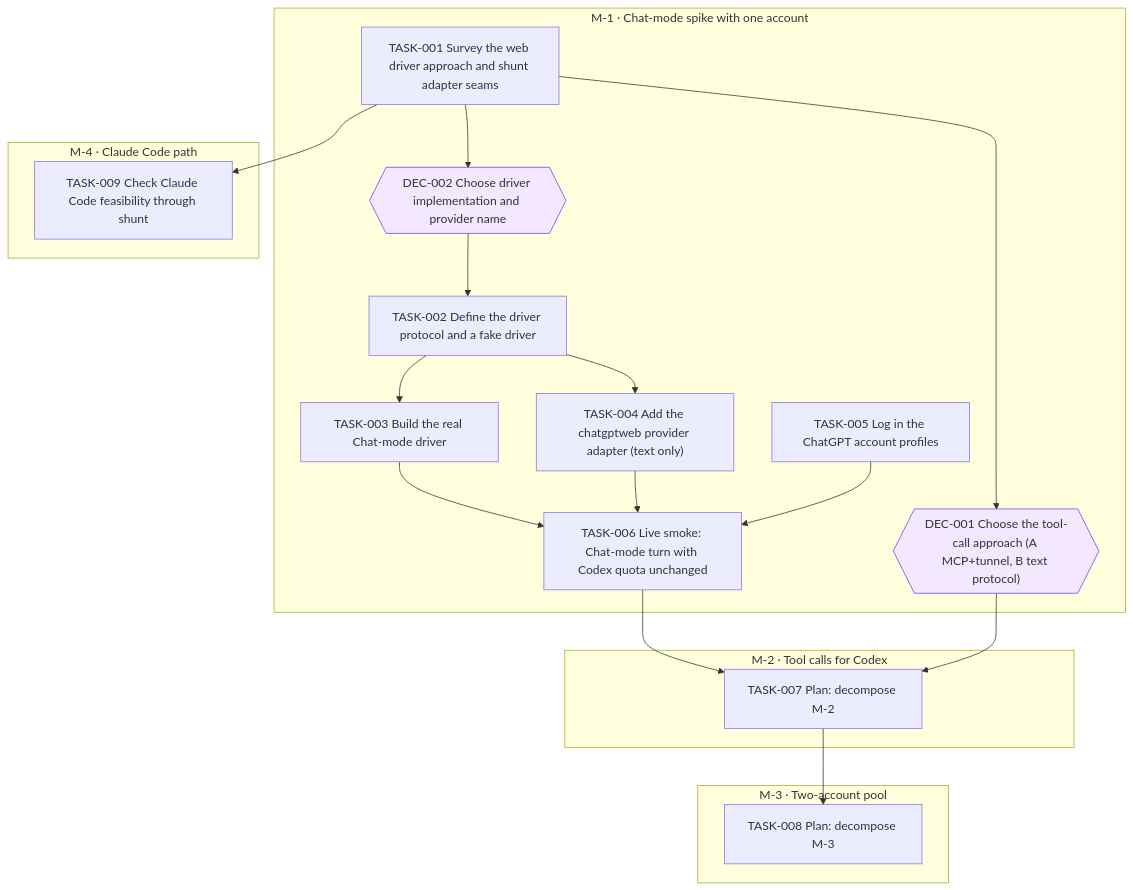
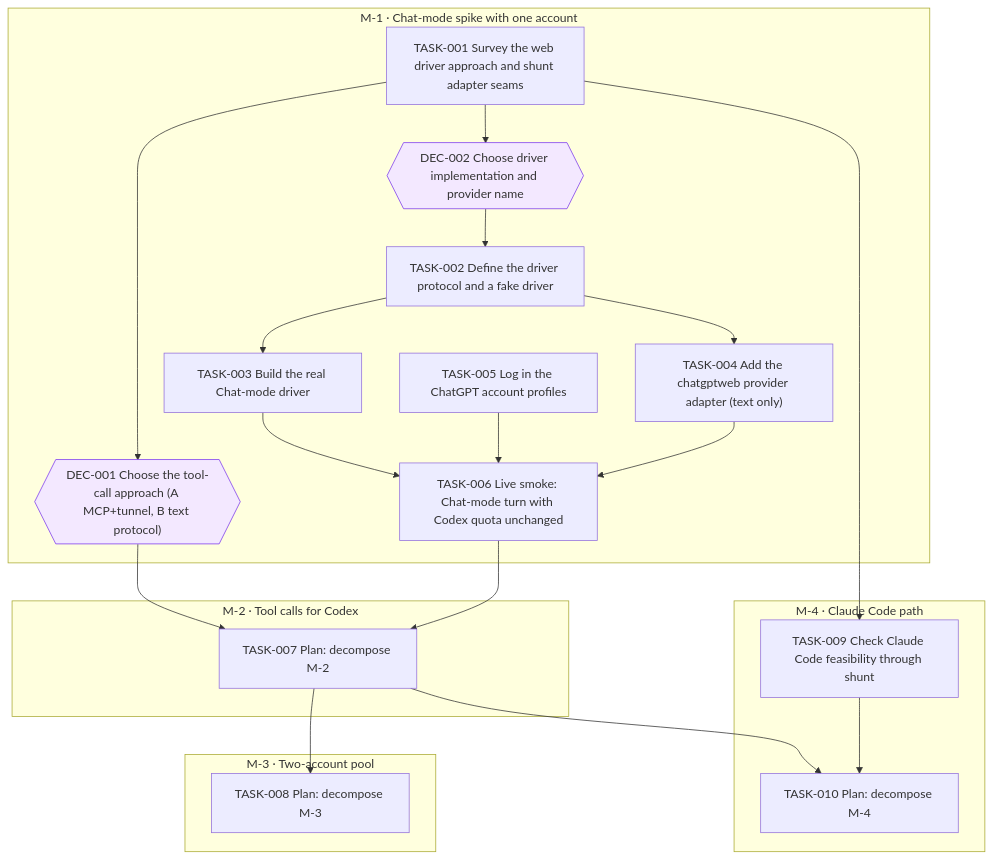
Before and after one commit to jesusvillota/shunt: the diagram in goals/chatgptweb-provider/README.md, drawn with Mermaid. The commit also changed 1 other file, not shown here.

Commit message:
goal(chatgptweb-provider): add TASK-010 Plan: decompose M-4

````diff
--- a/goals/chatgptweb-provider/README.md
+++ b/goals/chatgptweb-provider/README.md
@@ -132,39 +132,42 @@
 ```mermaid
 flowchart TD
   subgraph M_1["M-1 · Chat-mode spike with one account"]
     DEC_001{{"DEC-001 Choose the tool-call approach (A MCP+tunnel, B text protocol)"}}
     DEC_002{{"DEC-002 Choose driver implementation and provider name"}}
     TASK_001["TASK-001 Survey the web driver approach and shunt adapter seams"]
     TASK_002["TASK-002 Define the driver protocol and a fake driver"]
     TASK_003["TASK-003 Build the real Chat-mode driver"]
     TASK_004["TASK-004 Add the chatgptweb provider adapter (text only)"]
     TASK_005["TASK-005 Log in the ChatGPT account profiles"]
     TASK_006["TASK-006 Live smoke: Chat-mode turn with Codex quota unchanged"]
   end
   subgraph M_2["M-2 · Tool calls for Codex"]
     TASK_007["TASK-007 Plan: decompose M-2"]
   end
   subgraph M_3["M-3 · Two-account pool"]
     TASK_008["TASK-008 Plan: decompose M-3"]
   end
   subgraph M_4["M-4 · Claude Code path"]
     TASK_009["TASK-009 Check Claude Code feasibility through shunt"]
+    TASK_010["TASK-010 Plan: decompose M-4"]
   end
   TASK_001 --> DEC_001
   TASK_001 --> DEC_002
   DEC_002 --> TASK_002
   TASK_002 --> TASK_003
   TASK_002 --> TASK_004
   TASK_003 --> TASK_006
   TASK_004 --> TASK_006
   TASK_005 --> TASK_006
   TASK_006 --> TASK_007
   DEC_001 --> TASK_007
   TASK_007 --> TASK_008
   TASK_001 --> TASK_009
+  TASK_007 --> TASK_010
+  TASK_009 --> TASK_010
   classDef draft stroke-dasharray: 4 3
   classDef cancelled opacity:0.45
   classDef decision fill:#f3e8ff,stroke:#7c3aed
   class DEC_001 decision
   class DEC_002 decision
 ```
````
